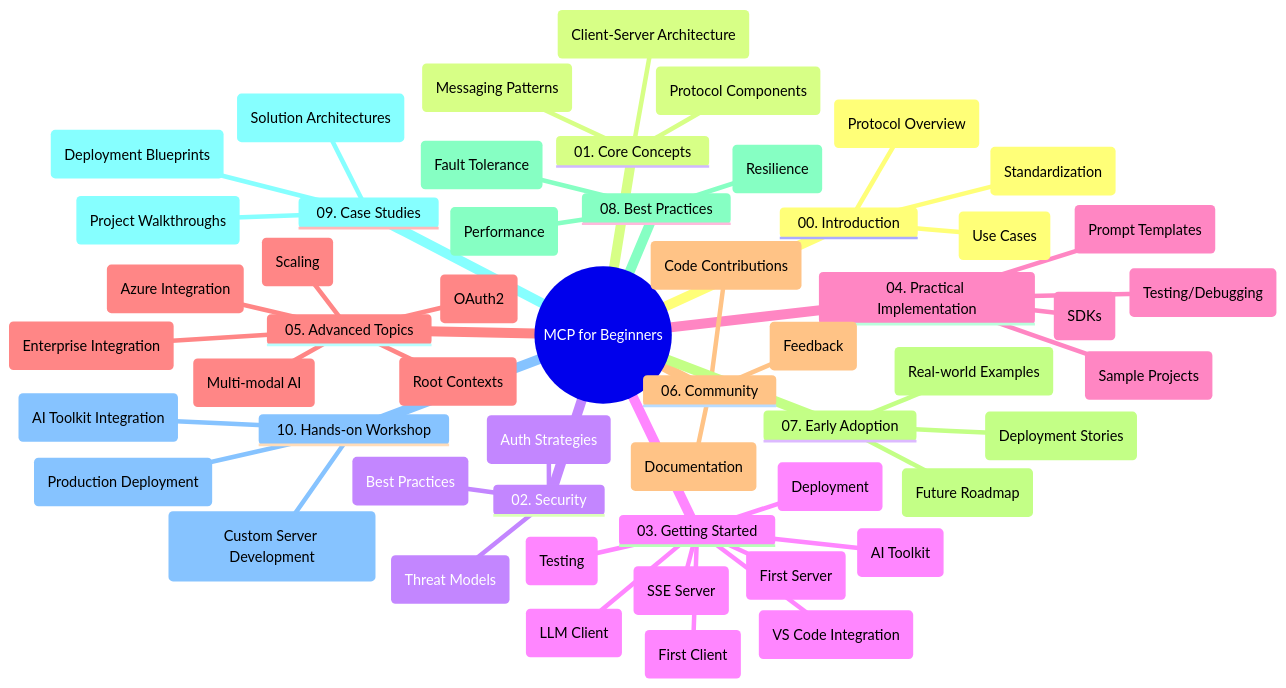
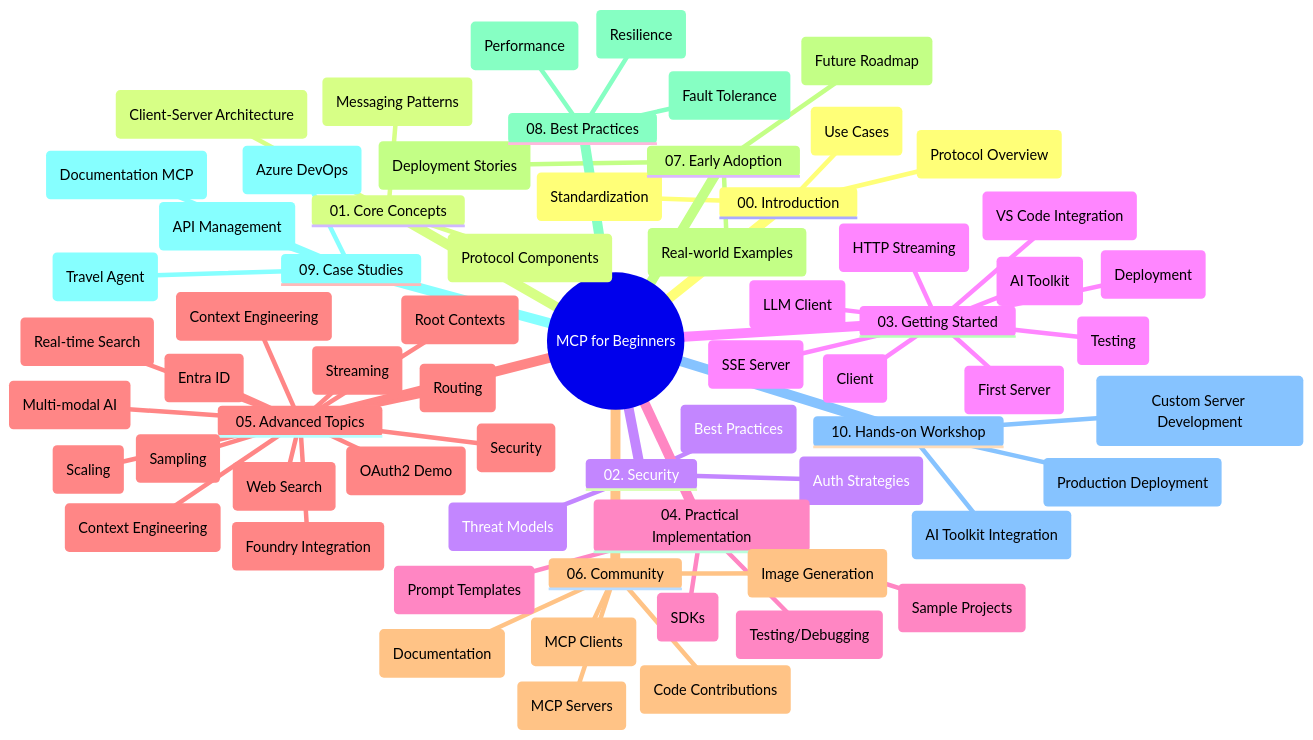
One commit to tlcraft/mcp-for-beginners changed the diagram in study_guide.md. Above: the diagram before and after it, drawn with Mermaid. The commit also changed other lines of this file and 26 other files, not shown here.

````diff
--- a/study_guide.md
+++ b/study_guide.md
@@ -11,68 +11,80 @@
 ```mermaid
 mindmap
   root((MCP for Beginners))
     00. Introduction
       ::icon(fa fa-book)
       (Protocol Overview)
       (Standardization)
       (Use Cases)
     01. Core Concepts
       ::icon(fa fa-puzzle-piece)
       (Client-Server Architecture)
       (Protocol Components)
       (Messaging Patterns)
     02. Security
       ::icon(fa fa-shield)
       (Threat Models)
       (Best Practices)
       (Auth Strategies)
     03. Getting Started
       ::icon(fa fa-rocket)
       (First Server)
-      (First Client)
+      (Client)
       (LLM Client)
       (VS Code Integration)
       (SSE Server)
+      (HTTP Streaming)
       (AI Toolkit)
       (Testing)
       (Deployment)
     04. Practical Implementation
       ::icon(fa fa-code)
       (SDKs)
       (Testing/Debugging)
       (Prompt Templates)
       (Sample Projects)
     05. Advanced Topics
       ::icon(fa fa-graduation-cap)
+      (Context Engineering)
+      (Foundry Integration)
       (Multi-modal AI)
+      (OAuth2 Demo)
+      (Real-time Search)
+      (Streaming)
+      (Root Contexts)
+      (Routing)
+      (Sampling)
       (Scaling)
-      (Enterprise Integration)
-      (Azure Integration)
-      (OAuth2)
-      (Root Contexts)
+      (Security)
+      (Entra ID)
+      (Web Search)
+      (Context Engineering)
     06. Community
       ::icon(fa fa-users)
       (Code Contributions)
       (Documentation)
-      (Feedback)
+      (MCP Clients)
+      (MCP Servers)
+      (Image Generation)
     07. Early Adoption
       ::icon(fa fa-lightbulb)
       (Real-world Examples)
       (Deployment Stories)
       (Future Roadmap)
     08. Best Practices
       ::icon(fa fa-check)
       (Performance)
       (Fault Tolerance)
       (Resilience)
     09. Case Studies
       ::icon(fa fa-file-text)
-      (Solution Architectures)
-      (Deployment Blueprints)
-      (Project Walkthroughs)
+      (API Management)
+      (Travel Agent)
+      (Azure DevOps)
+      (Documentation MCP)
     10. Hands-on Workshop
       ::icon(fa fa-laptop)
       (AI Toolkit Integration)
       (Custom Server Development)
       (Production Deployment)
 ```
````
